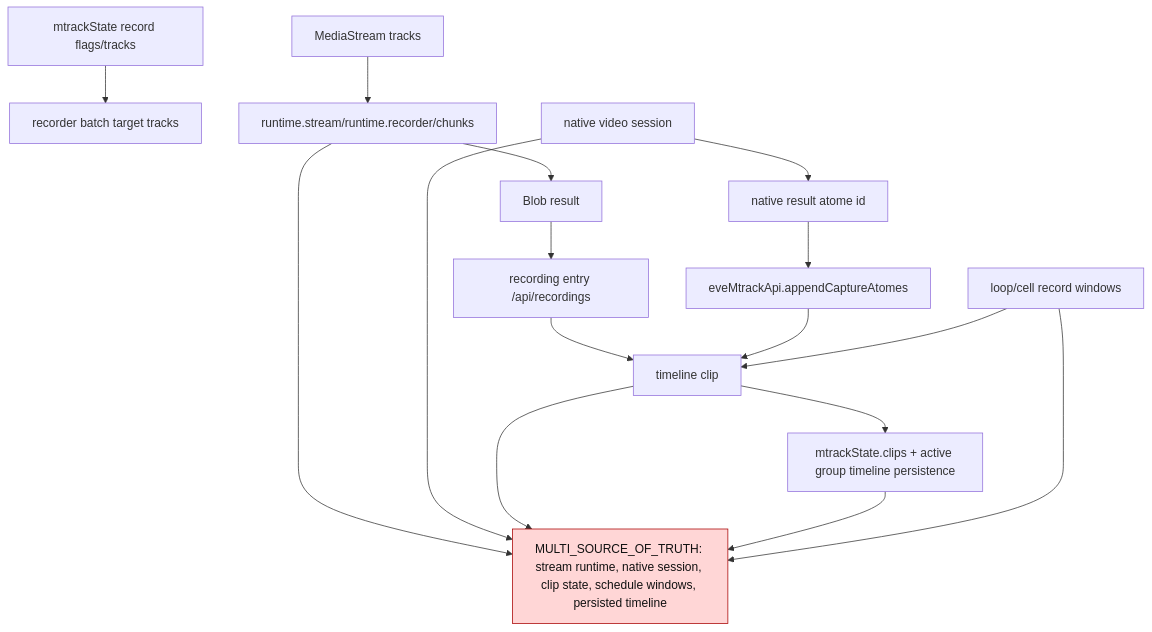
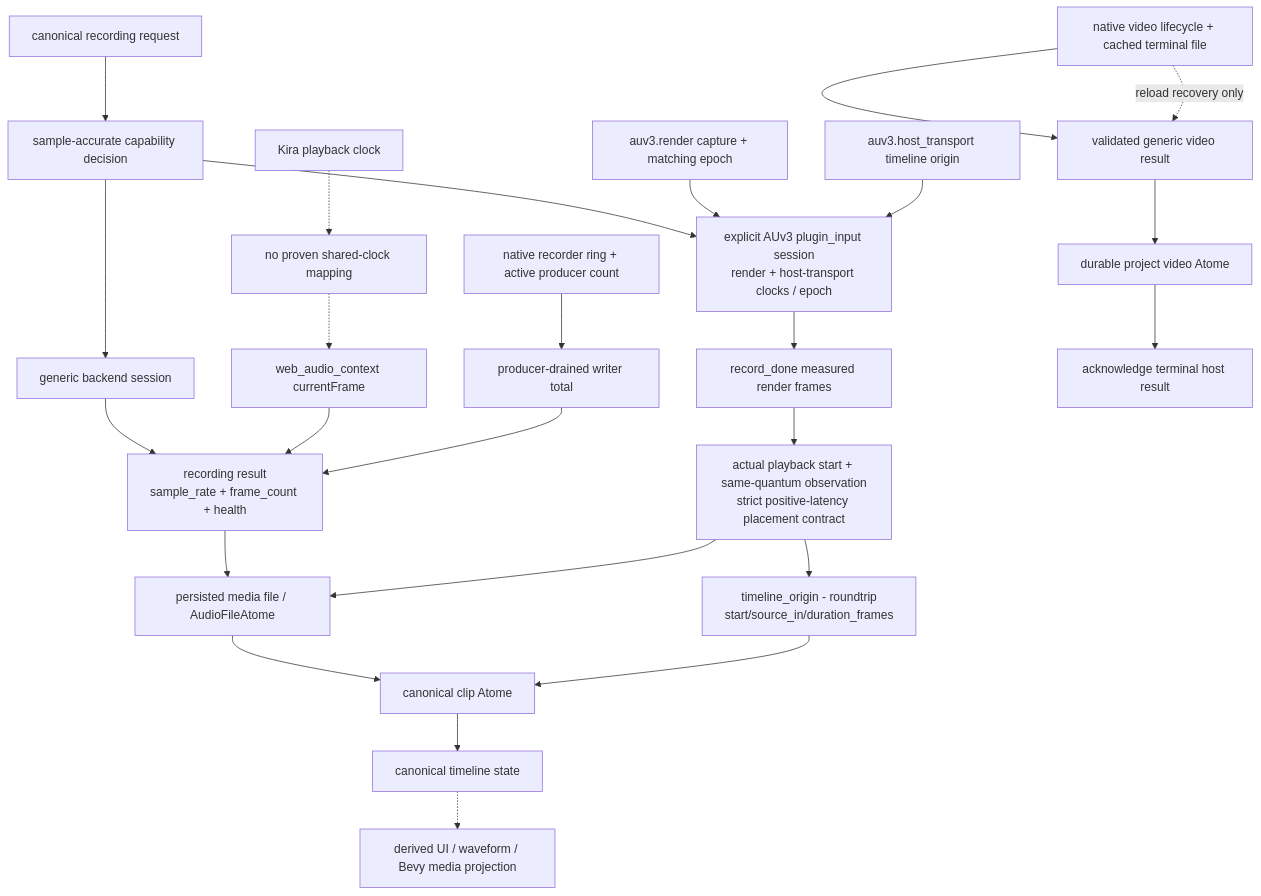
Before and after one commit to atomecorp/a: the diagram in atome/documentations/graphs/media-recording/04-source-of-truth-graph.md, drawn with Mermaid. The commit also changed other lines of this file and 119 other files, not shown here.

````diff
--- a/atome/documentations/graphs/media-recording/04-source-of-truth-graph.md
+++ b/atome/documentations/graphs/media-recording/04-source-of-truth-graph.md
@@ -3,22 +3,33 @@
 ```mermaid
 flowchart TD
-  State["mtrackState record flags/tracks"] --> Batch["recorder batch target tracks"]
-  MediaStream["MediaStream tracks"] --> RecorderRuntime["runtime.stream/runtime.recorder/chunks"]
-  NativeSession["native video session"] --> NativeResult["native result atome id"]
-  RecorderRuntime --> Blob["Blob result"]
-  Blob --> RecordEntry["recording entry /api/recordings"]
-  NativeResult --> AppendAtome["eveMtrackApi.appendCaptureAtomes"]
-  RecordEntry --> Clip["timeline clip"]
-  AppendAtome --> Clip
-  Clip --> Timeline["mtrackState.clips + active group timeline persistence"]
-  LoopSchedule["loop/cell record windows"] --> Clip
+  Request["canonical recording request"] --> Capability["sample-accurate capability decision"]
+  Capability --> Generic["generic backend session"]
+  Capability --> Exact["explicit AUv3 plugin_input session\nrender + host-transport clocks / epoch"]
 
-  Multi["MULTI_SOURCE_OF_TRUTH: stream runtime, native session, clip state, schedule windows, persisted timeline"]:::risk
-  RecorderRuntime --> Multi
-  NativeSession --> Multi
-  Clip --> Multi
-  Timeline --> Multi
-  LoopSchedule --> Multi
+  Generic --> GenericResult["recording result\nsample_rate + frame_count + health"]
+  Exact --> NativeResult["record_done measured render frames"]
+  NativeResult --> ExactResult["actual playback start + same-quantum observation\nstrict positive-latency placement contract"]
 
-  classDef risk fill:#ffd6d6,stroke:#a80000,color:#111
+  GenericResult --> File["persisted media file / AudioFileAtome"]
+  ExactResult --> File
+  ExactResult --> Placement["timeline_origin - roundtrip\nstart/source_in/duration_frames"]
+  File --> Clip["canonical clip Atome"]
+  Placement --> Clip
+  Clip --> Timeline["canonical timeline state"]
+
+  BrowserClock["web_audio_context currentFrame"] --> GenericResult
+  KiraClock["Kira playback clock"] -.-> NoWebMap["no proven shared-clock mapping"]
+  NoWebMap -.-> BrowserClock
+  Auv3RenderClock["auv3.render capture + matching epoch"] --> Exact
+  HostTransportClock["auv3.host_transport timeline origin"] --> Exact
+
+  Timeline -.-> UI["derived UI / waveform / Bevy media projection"]
+
+  NativeRing["native recorder ring + active producer count"] --> WrittenFrames["producer-drained writer total"]
+  WrittenFrames --> GenericResult
+
+  NativeVideoState["native video lifecycle + cached terminal file"] --> VideoResult["validated generic video result"]
+  VideoResult --> VideoAtome["durable project video Atome"]
+  VideoAtome --> NativeAck["acknowledge terminal host result"]
+  NativeVideoState -.->|reload recovery only| VideoResult
 ```
````
